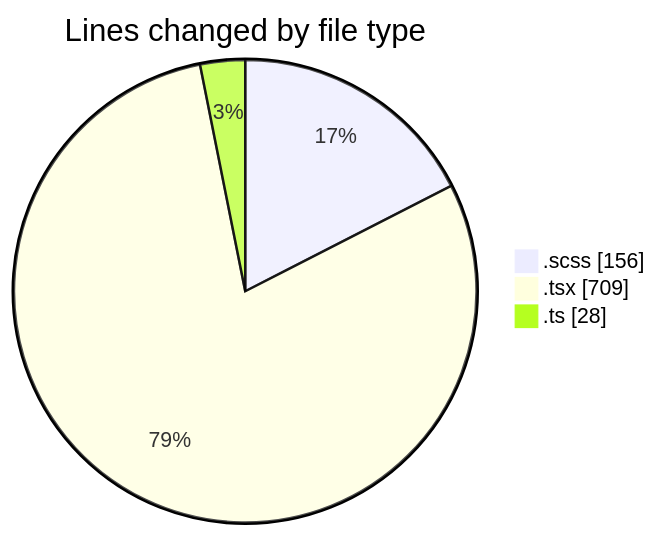
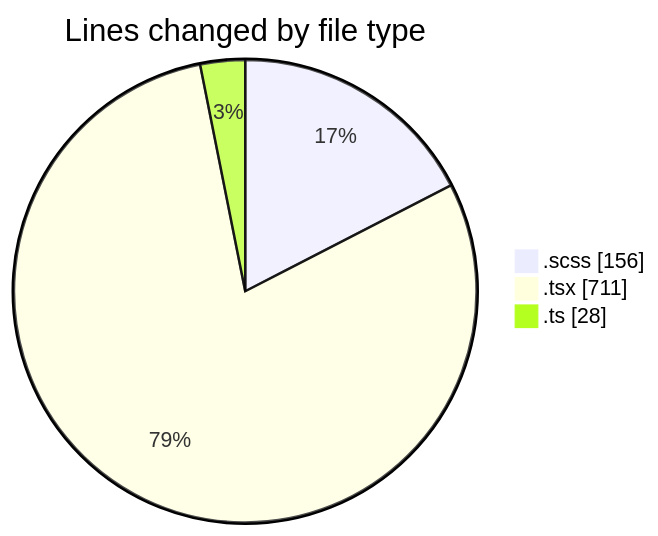
Before and after one commit to momahboobian/code-tracking: the first of 2 diagrams in 2025-02-10/cda/README.md, drawn with Mermaid. The commit also changed other lines of this file and 1 other file, not shown here.

````diff
--- a/2025-02-10/cda/README.md
+++ b/2025-02-10/cda/README.md
@@ -25,7 +25,7 @@
 ```mermaid
 pie showData
 title Lines changed by file type
 ".scss" : 156
-".tsx" : 709
+".tsx" : 711
 ".ts" : 28
 ```
````
